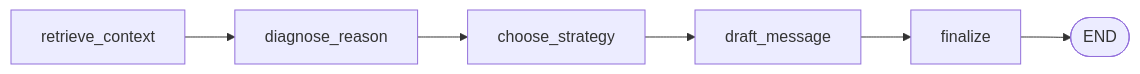
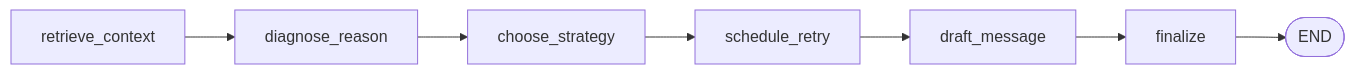
Before and after one commit to IvanSFlowGit/paypilot: the diagram in README.md, drawn with Mermaid. The commit also changed other lines of this file and 8 other files, not shown here.

First line of the commit message:
Add schedule_retry node (6th node): pin concrete next-retry time

````diff
--- a/README.md
+++ b/README.md
@@ -27,8 +27,9 @@
 ```mermaid
 flowchart LR
     A[retrieve_context] --> B[diagnose_reason]
     B --> C[choose_strategy]
-    C --> D[draft_message]
+    C --> S[schedule_retry]
+    S --> D[draft_message]
     D --> E[finalize]
     E --> F([END])
 ```
````
